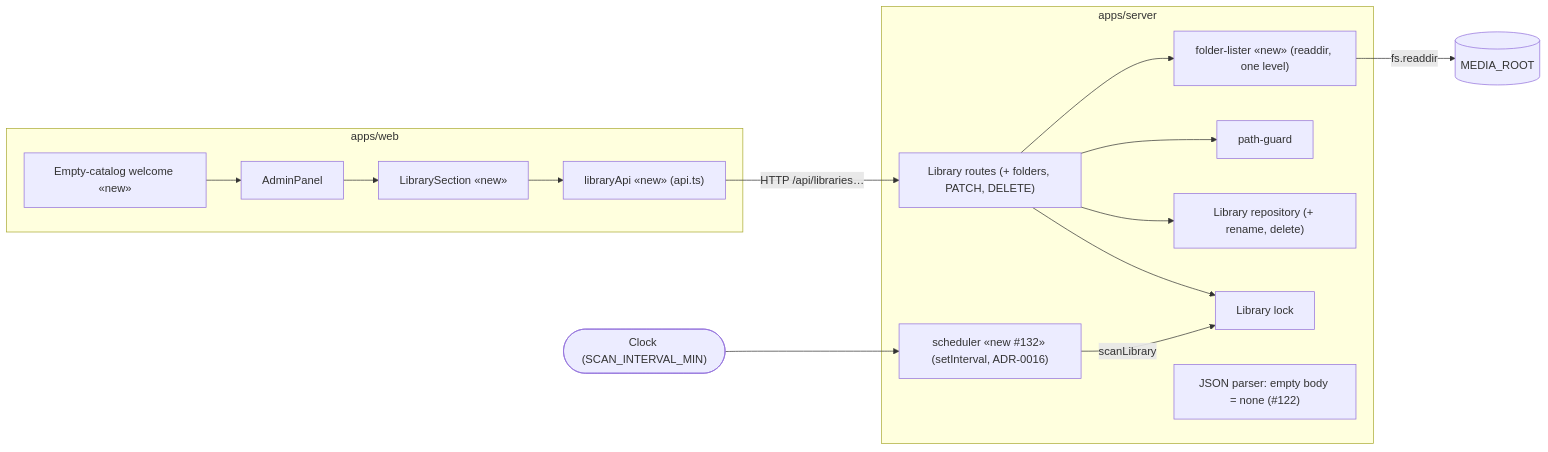
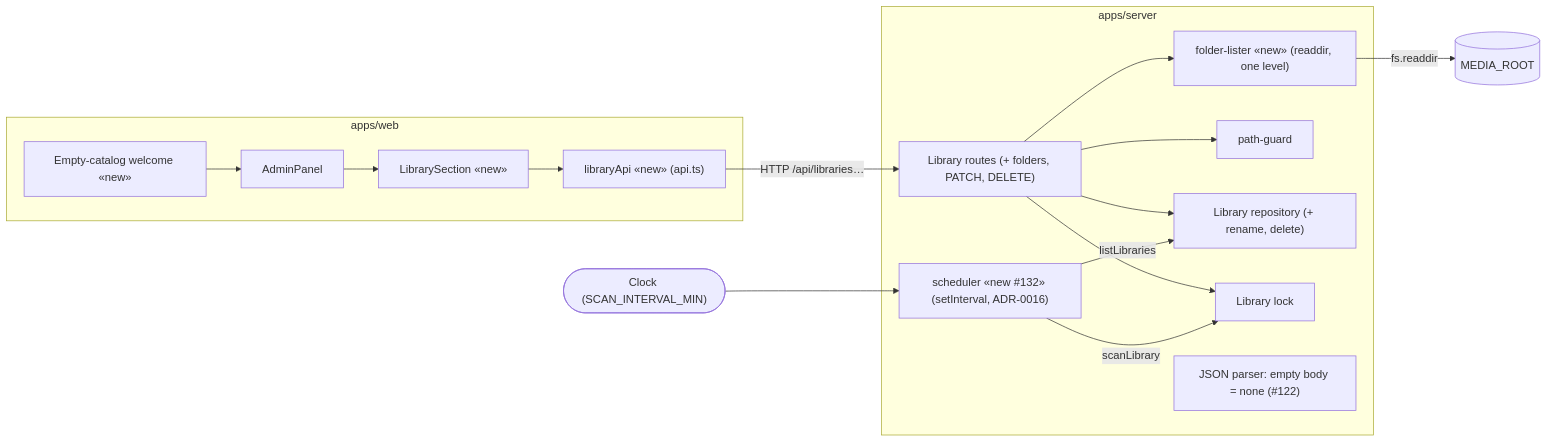
The diagram in docs/architecture/diagrams/library/03-component.md (benoit-bremaud/popcorntv), drawn with Mermaid before and after one commit. The commit also changed other lines of this file and 3 other files, not shown here.

````diff
--- a/docs/architecture/diagrams/library/03-component.md
+++ b/docs/architecture/diagrams/library/03-component.md
@@ -12,29 +12,30 @@
 ```mermaid
 flowchart LR
   subgraph Web ["apps/web"]
     Admin[AdminPanel]
     LibSec["LibrarySection «new»"]
     Welcome["Empty-catalog welcome «new»"]
     Api["libraryApi «new» (api.ts)"]
     Admin --> LibSec
     Welcome --> Admin
     LibSec --> Api
   end
   subgraph Server ["apps/server"]
     Routes["Library routes (+ folders, PATCH, DELETE)"]
     Folders["folder-lister «new» (readdir, one level)"]
     Guard[path-guard]
     Repo["Library repository (+ rename, delete)"]
     Lock[Library lock]
     Parser["JSON parser: empty body = none (#122)"]
     Routes --> Folders
     Routes --> Guard
     Routes --> Repo
     Routes --> Lock
     Sched["scheduler «new #132» (setInterval, ADR-0016)"]
+    Sched -->|"listLibraries"| Repo
     Sched -->|"scanLibrary"| Lock
   end
   Clock(["Clock (SCAN_INTERVAL_MIN)"]) --> Sched
   Api -->|"HTTP /api/libraries…"| Routes
   Folders -->|"fs.readdir"| FS[("MEDIA_ROOT")]
 ```
````
